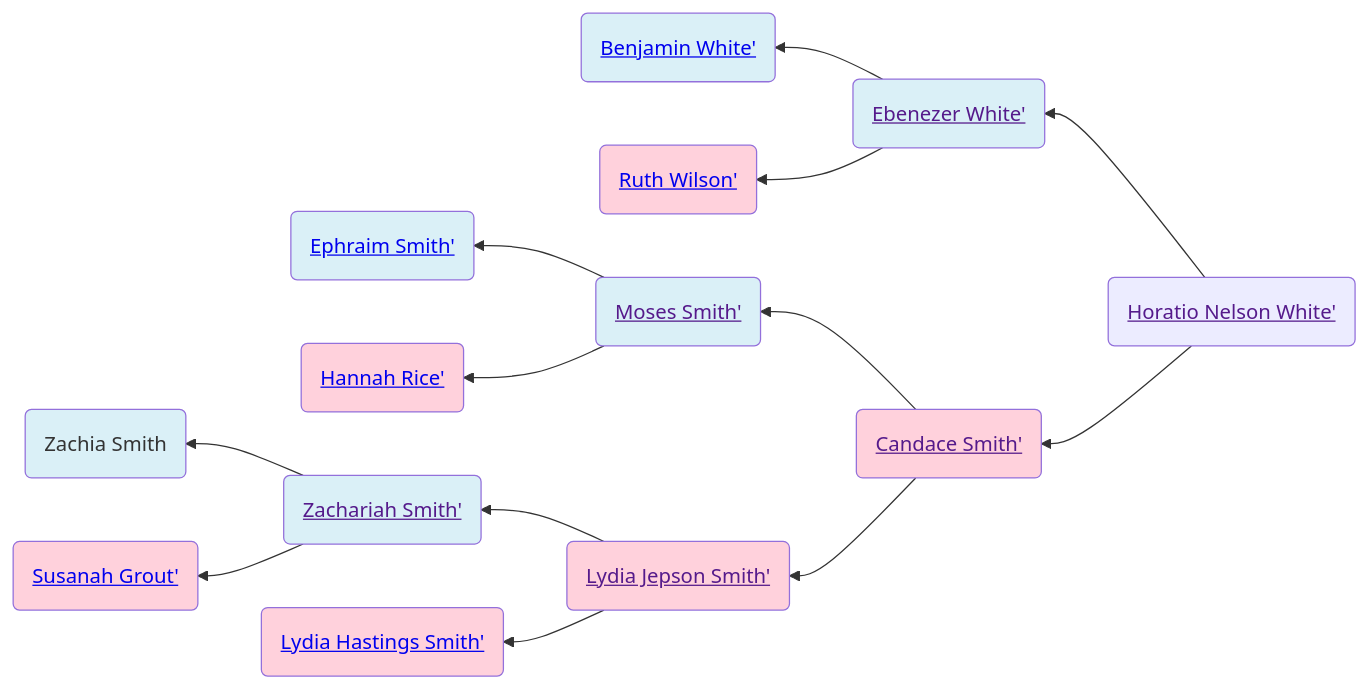
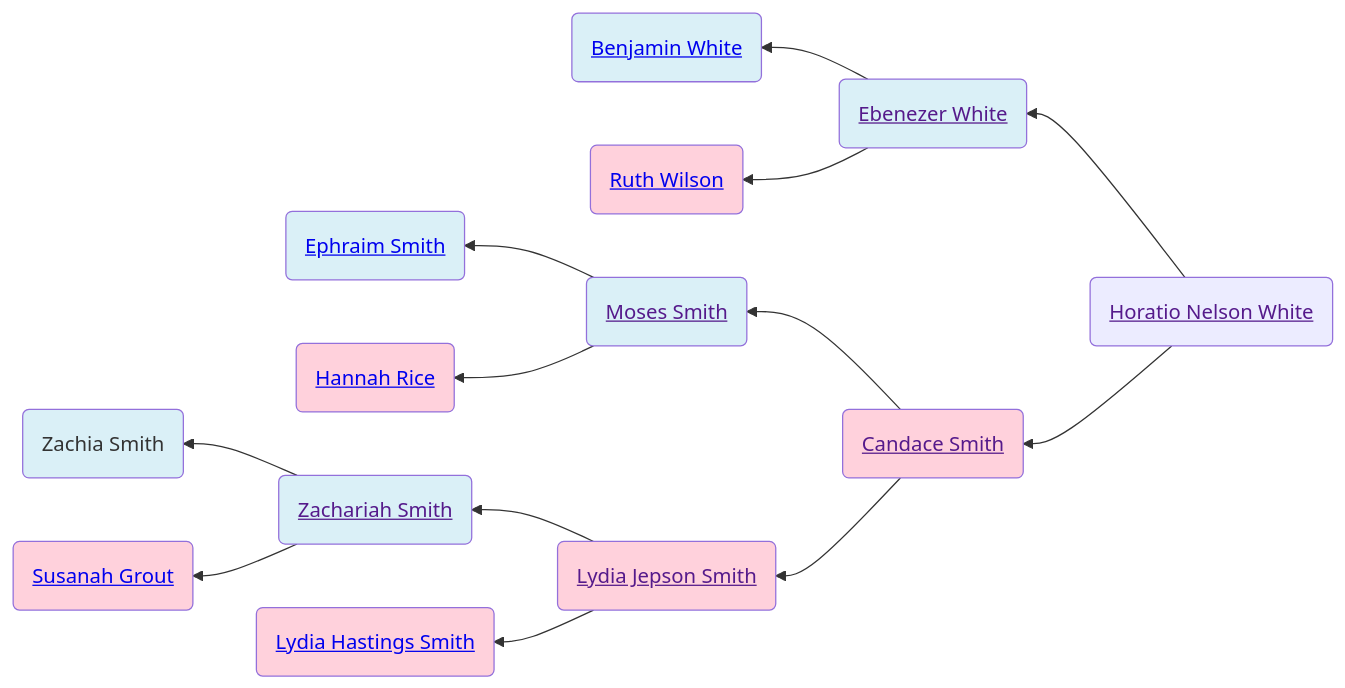
One commit to neelsmith/avocational changed the first of 2 diagrams in familyhistory/sources/people/Merrill-line/White-line/Horatio_Nelson_White.qmd. Above: the diagram before and after it, drawn with Mermaid. The commit also changed other lines of this file and 96 other files, not shown here.

````diff
--- a/familyhistory/sources/people/Merrill-line/White-line/Horatio_Nelson_White.qmd
+++ b/familyhistory/sources/people/Merrill-line/White-line/Horatio_Nelson_White.qmd
@@ -26,32 +26,32 @@
 ```{mermaid}
 graph RL
 %% RL ancestor diagram
-Horatio_Nelson_White(<a href=''>Horatio Nelson White'</>) -->  Ebenezer_White(<a href='./Ebenezer_White.html'>Ebenezer White'</>)
-Ebenezer_White(<a href=''>Ebenezer White'</>) -->  Benjamin_White(<a href='./Benjamin_White.html'>Benjamin White'</>)
+Horatio_Nelson_White(<a href=''>Horatio Nelson White</a>) -->  Ebenezer_White(<a href='./Ebenezer_White.html'>Ebenezer White</a>)
+Ebenezer_White(<a href=''>Ebenezer White</a>) -->  Benjamin_White(<a href='./Benjamin_White.html'>Benjamin White</a>)
 class Benjamin_White father
-Ebenezer_White(<a href=''>Ebenezer White'</>)  --> Ruth_Wilson(<a href='./Wilson-line/Ruth_Wilson.html'>Ruth Wilson'</>)
+Ebenezer_White(<a href=''>Ebenezer White</a>)  --> Ruth_Wilson(<a href='./Wilson-line/Ruth_Wilson.html'>Ruth Wilson</a>)
 class Ruth_Wilson mother
 class Ebenezer_White father
-Horatio_Nelson_White(<a href=''>Horatio Nelson White'</>)  --> Candace_Smith(<a href='./Candace-Smith-line/Candace_Smith.html'>Candace Smith'</>)
-Candace_Smith(<a href=''>Candace Smith'</>) -->  Moses_Smith(<a href='./../../../Moses_Smith_connections/Moses_Smith.html'>Moses Smith'</>)
-Moses_Smith(<a href=''>Moses Smith'</>) -->  Ephraim_Smith(<a href='./../Merrill-line/White-line/Candace-Smith-line/Ephraim_Smith.html'>Ephraim Smith'</>)
+Horatio_Nelson_White(<a href=''>Horatio Nelson White</a>)  --> Candace_Smith(<a href='./Candace-Smith-line/Candace_Smith.html'>Candace Smith</a>)
+Candace_Smith(<a href=''>Candace Smith</a>) -->  Moses_Smith(<a href='./../../../Moses_Smith_connections/Moses_Smith.html'>Moses Smith</a>)
+Moses_Smith(<a href=''>Moses Smith</a>) -->  Ephraim_Smith(<a href='./../Merrill-line/White-line/Candace-Smith-line/Ephraim_Smith.html'>Ephraim Smith</a>)
 class Ephraim_Smith father
-Moses_Smith(<a href=''>Moses Smith'</>)  --> Hannah_Rice(<a href='./../Merrill-line/White-line/Candace-Smith-line/Hannah_Rice.html'>Hannah Rice'</>)
+Moses_Smith(<a href=''>Moses Smith</a>)  --> Hannah_Rice(<a href='./../Merrill-line/White-line/Candace-Smith-line/Hannah_Rice.html'>Hannah Rice</a>)
 class Hannah_Rice mother
 class Moses_Smith father
-Candace_Smith(<a href=''>Candace Smith'</>)  --> Lydia_Jepson_Smith(<a href='./Lydia_Jepson_Smith.html'>Lydia Jepson Smith'</>)
-Lydia_Jepson_Smith(<a href=''>Lydia Jepson Smith'</>) -->  Zachariah_Smith(<a href='./Zachariah_Smith.html'>Zachariah Smith'</>)
-Zachariah_Smith(<a href=''>Zachariah Smith'</>) -->  Zachia_Smith(Zachia Smith)
+Candace_Smith(<a href=''>Candace Smith</a>)  --> Lydia_Jepson_Smith(<a href='./Lydia_Jepson_Smith.html'>Lydia Jepson Smith</a>)
+Lydia_Jepson_Smith(<a href=''>Lydia Jepson Smith</a>) -->  Zachariah_Smith(<a href='./Zachariah_Smith.html'>Zachariah Smith</a>)
+Zachariah_Smith(<a href=''>Zachariah Smith</a>) -->  Zachia_Smith(Zachia Smith)
 class Zachia_Smith father
-Zachariah_Smith(<a href=''>Zachariah Smith'</>)  --> Susanah_Grout(<a href='./../../Susanah_Grout.html'>Susanah Grout'</>)
+Zachariah_Smith(<a href=''>Zachariah Smith</a>)  --> Susanah_Grout(<a href='./../../Susanah_Grout.html'>Susanah Grout</a>)
 class Susanah_Grout mother
 class Zachariah_Smith father
-Lydia_Jepson_Smith(<a href=''>Lydia Jepson Smith'</>)  --> Lydia_Hastings_Smith(<a href='./Lydia_Hastings_Smith.html'>Lydia Hastings Smith'</>)
+Lydia_Jepson_Smith(<a href=''>Lydia Jepson Smith</a>)  --> Lydia_Hastings_Smith(<a href='./Lydia_Hastings_Smith.html'>Lydia Hastings Smith</a>)
 class Lydia_Hastings_Smith mother
 class Lydia_Jepson_Smith mother
 class Candace_Smith mother
 classDef mother fill:#ffd1dc
 classDef father fill:#daf0f7  
 classDef marriage fill:#ffffff
 
 ```
````
